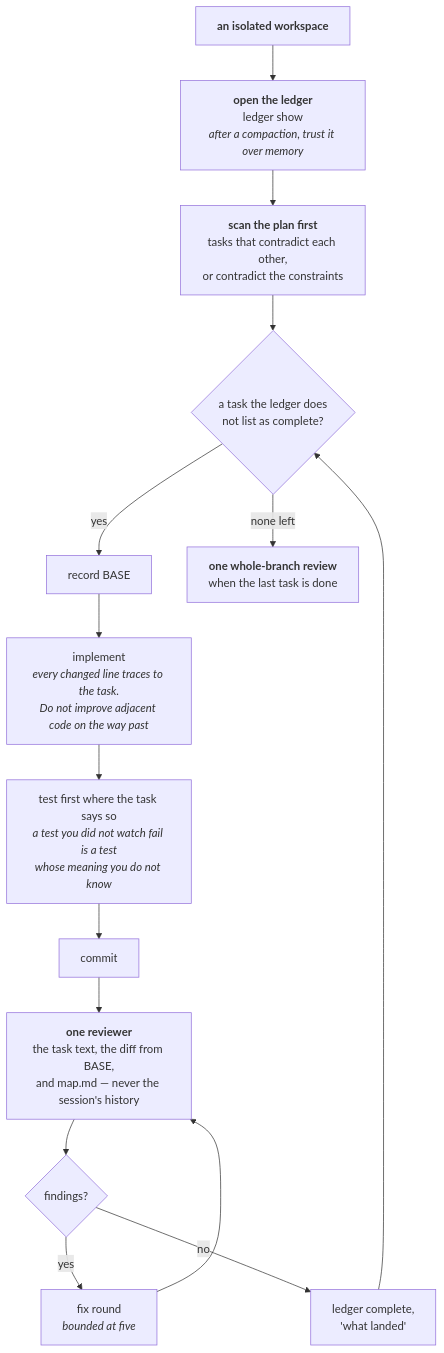
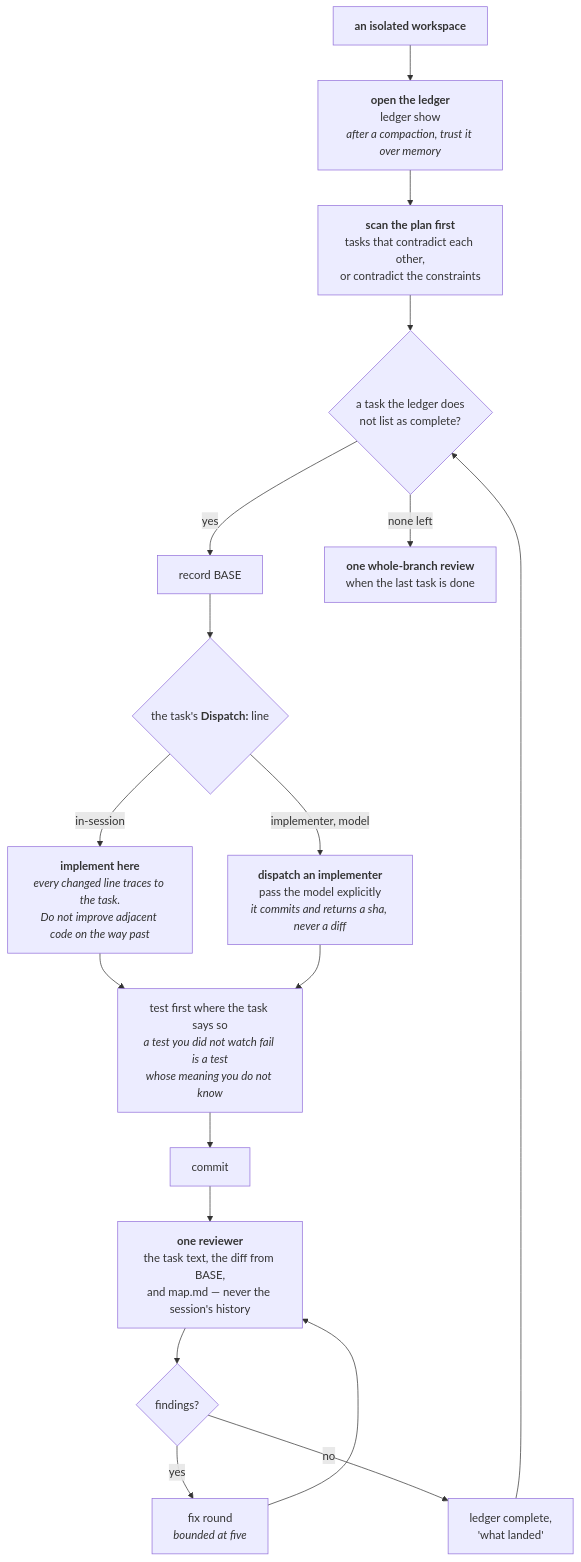
The fourth of 8 diagrams in docs/pipeline.md (FanFantom9452/FanKeel), drawn with Mermaid before and after one commit. The commit also changed other lines of this file and 4 other files, not shown here.

````diff
--- a/docs/pipeline.md
+++ b/docs/pipeline.md
@@ -404,29 +404,34 @@
 ```mermaid
 flowchart TD
     S1["<b>an isolated workspace</b>"]
     S2["<b>open the ledger</b><br/>ledger show<br/><i>after a compaction, trust it over memory</i>"]
     S3["<b>scan the plan first</b><br/>tasks that contradict each other,<br/>or contradict the constraints"]
     L{"a task the ledger does<br/>not list as complete?"}
     T1["record BASE"]
-    T2["implement<br/><i>every changed line traces to the task.<br/>Do not improve adjacent code on the way past</i>"]
+    T2{"the task's <b>Dispatch:</b> line"}
+    T2a["<b>implement here</b><br/><i>every changed line traces to the task.<br/>Do not improve adjacent code on the way past</i>"]
+    T2b["<b>dispatch an implementer</b><br/>pass the model explicitly<br/><i>it commits and returns a sha, never a diff</i>"]
     T3["test first where the task says so<br/><i>a test you did not watch fail is a test<br/>whose meaning you do not know</i>"]
     T4["commit"]
     T5["<b>one reviewer</b><br/>the task text, the diff from BASE,<br/>and map.md — never the session's history"]
     T6{"findings?"}
     T7["fix round<br/><i>bounded at five</i>"]
     T8["ledger complete,<br/>'what landed'"]
     R["<b>one whole-branch review</b><br/>when the last task is done"]
 
     S1 --> S2 --> S3 --> L
     L -- yes --> T1
     T1 --> T2
-    T2 --> T3
+    T2 -- "in-session" --> T2a
+    T2 -- "implementer, model" --> T2b
+    T2a --> T3
+    T2b --> T3
     T3 --> T4
     T4 --> T5
     T5 --> T6
     T6 -- yes --> T7
     T7 --> T5
     T6 -- no --> T8
     T8 --> L
     L -- "none left" --> R
 ```
````
